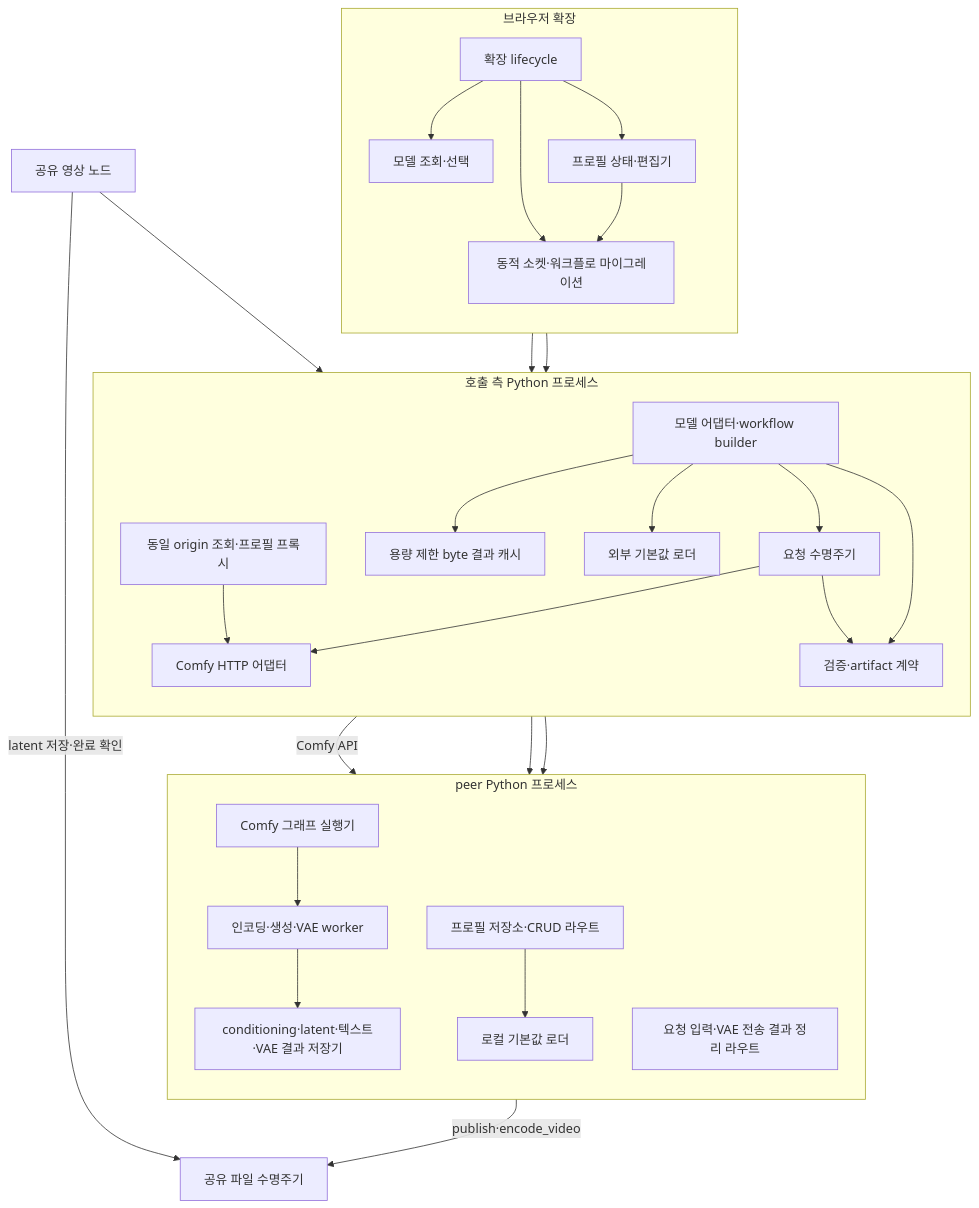
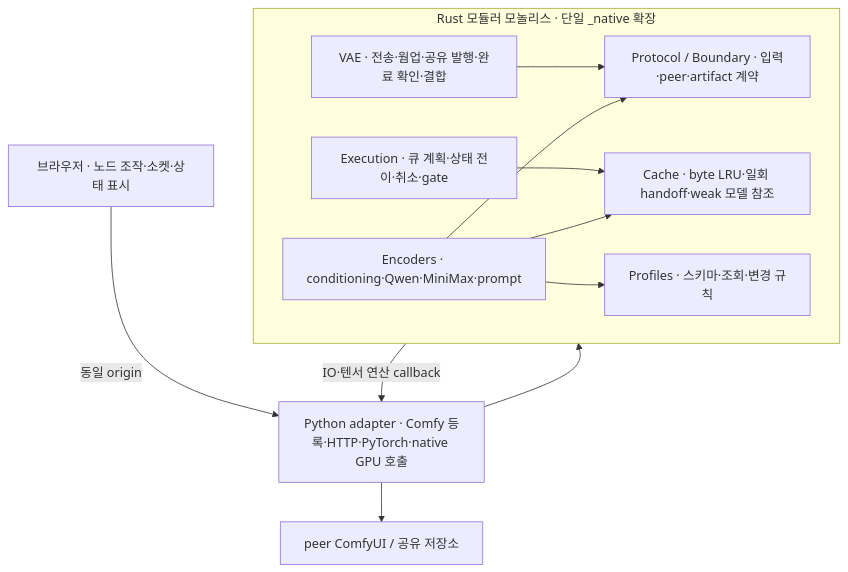
One commit to pollux-o4/RemoteWorker changed the diagram in docs/architecture/03-components.md. Above: the diagram before and after it, drawn with Mermaid. The commit also changed other lines of this file and 8 other files, not shown here.

Commit message:
docs(architecture): map native module ownership and adapter boundaries

````diff
--- a/docs/architecture/03-components.md
+++ b/docs/architecture/03-components.md
@@ -3,48 +3,22 @@
 ```mermaid
 flowchart TB
-    subgraph Browser[브라우저 확장]
-        direction TB
-        Entry[확장 lifecycle]
-        Choices[모델 조회·선택]
-        Profiles[프로필 상태·편집기]
-        Sockets[동적 소켓·워크플로 마이그레이션]
-        Entry --> Choices
-        Entry --> Profiles
-        Entry --> Sockets
-        Profiles --> Sockets
+    UI["브라우저 · 노드 조작·소켓·상태 표시"]
+    Adapter["Python adapter · Comfy 등록·HTTP·PyTorch·native GPU 호출"]
+    subgraph Native["Rust 모듈러 모놀리스 · 단일 _native 확장"]
+        Boundary["Protocol / Boundary · 입력·peer·artifact 계약"]
+        Encoders["Encoders · conditioning·Qwen·MiniMax·prompt"]
+        Profiles["Profiles · 스키마·조회·변경 규칙"]
+        Execution["Execution · 큐 계획·상태 전이·취소·gate"]
+        Cache["Cache · byte LRU·일회 handoff·weak 모델 참조"]
+        VAE["VAE · 전송·웜업·공유 발행·완료 확인·결합"]
+        Encoders --> Boundary
+        Encoders --> Cache
+        Execution --> Cache
+        VAE --> Boundary
+        Encoders --> Profiles
     end
-    subgraph Caller[호출 측 Python 프로세스]
-        direction TB
-        Adapter[모델 어댑터·workflow builder]
-        Execution[요청 수명주기]
-        Transport[Comfy HTTP 어댑터]
-        Protocol[검증·artifact 계약]
-        Cache[용량 제한 byte 결과 캐시]
-        Defaults[외부 기본값 로더]
-        Adapter --> Execution --> Transport
-        Adapter --> Protocol
-        Adapter --> Cache
-        Adapter --> Defaults
-        Execution --> Protocol
-        Discovery[동일 origin 조회·프로필 프록시] --> Transport
-    end
-    subgraph Peer[peer Python 프로세스]
-        direction TB
-        Host[Comfy 그래프 실행기]
-        Workers[인코딩·생성·VAE worker]
-        IO[conditioning·latent·텍스트·VAE 결과 저장기]
-        Registry[프로필 저장소·CRUD 라우트]
-        Cleanup[요청 입력·VAE 전송 결과 정리 라우트]
-        Host --> Workers --> IO
-        PeerDefaults[로컬 기본값 로더]
-        Registry --> PeerDefaults
-    end
-    Choices --> Discovery
-    Profiles --> Discovery
-    Transport -->|Comfy API| Host
-    Transport --> Registry
-    Transport --> Cleanup
-    SharedFacade[공유 영상 노드] --> Execution
-    SharedFacade -->|latent 저장·완료 확인| SharedStore[공유 파일 수명주기]
-    Workers -->|publish·encode_video| SharedStore
+    UI -->|동일 origin| Adapter
+    Adapter --> Native
+    Native -->|IO·텐서 연산 callback| Adapter
+    Adapter --> Peer["peer ComfyUI / 공유 저장소"]
 ```
````
